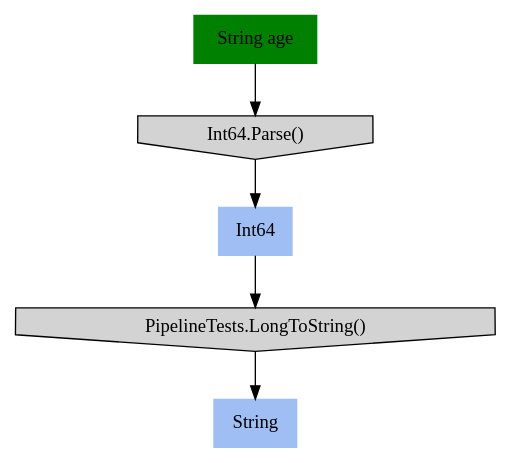
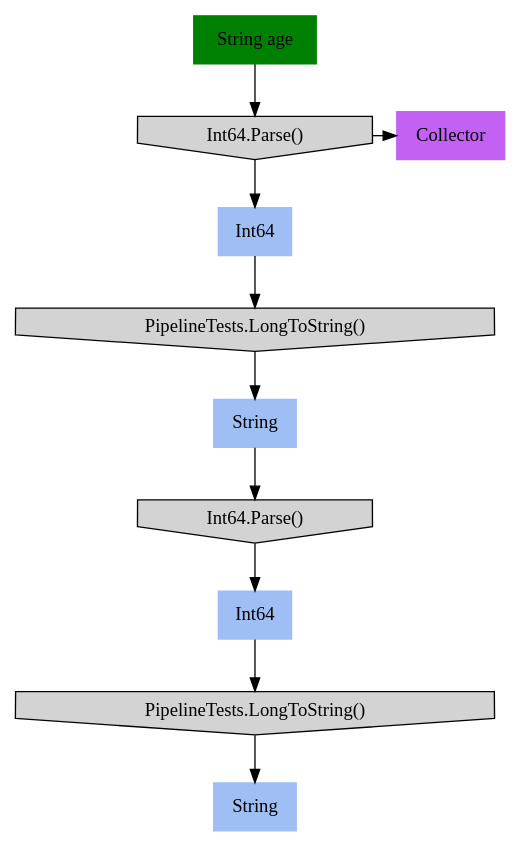
One commit to refactoring-pipelines/Pipelines changed the diagram in Pipelines.Test/PipelineTests.ConnectedPipelinesTest.approved.dot. Above: the diagram before and after it, drawn with Graphviz. The commit also changed 9 other files, not shown here.

```diff
--- a/Pipelines.Test/PipelineTests.ConnectedPipelinesTest.approved.dot
+++ b/Pipelines.Test/PipelineTests.ConnectedPipelinesTest.approved.dot
@@ -1,14 +1,25 @@
 digraph G { node [style=filled, shape=rec]
 
-"String age" -> "Int64.Parse()" -> "Int64"
+# Nodes
+"String age" -> "Int64.Parse()" -> {"Int64", "Collector"}
 "Int64" -> "PipelineTests.LongToString()" -> "String"
+"String" -> "Int64.Parse() 1" -> "Int64 1"
+"Int64 1" -> "PipelineTests.LongToString() 1" -> "String 1"
 
+
+# Formatting
 "String age" [color=green]
+"Int64" [color="#9fbff4"]
 "Int64.Parse()" [shape=invhouse]
-"Int64" [color="#9fbff4"]
+"Collector" [color = "#c361f4"]
+"String" [color="#9fbff4"]
 "PipelineTests.LongToString()" [shape=invhouse]
-"String" [color="#9fbff4"]
+"Int64 1" [label="Int64", color="#9fbff4"]
+"Int64.Parse() 1" [label="Int64.Parse()", shape=invhouse]
+"String 1" [label="String", color="#9fbff4"]
+"PipelineTests.LongToString() 1" [label="PipelineTests.LongToString()", shape=invhouse]
 
+{ rank=same; "Int64.Parse()", "Collector"}
 
 
 }
```
